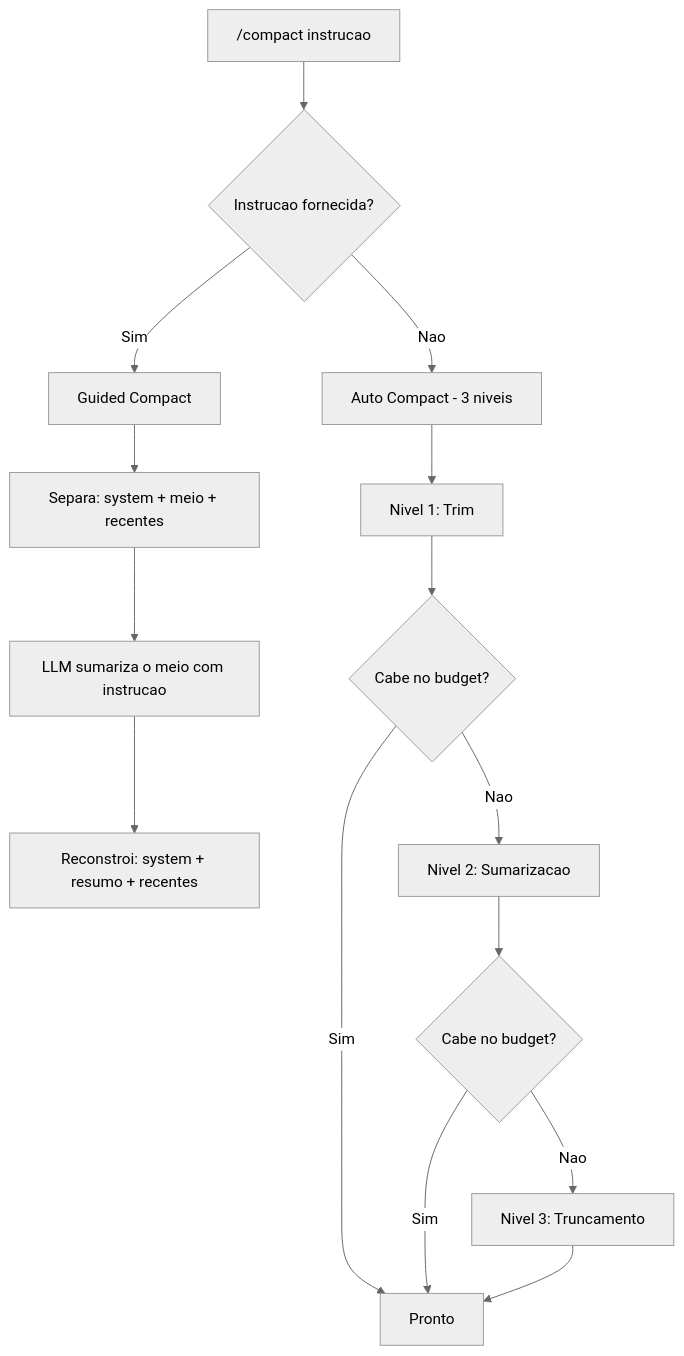
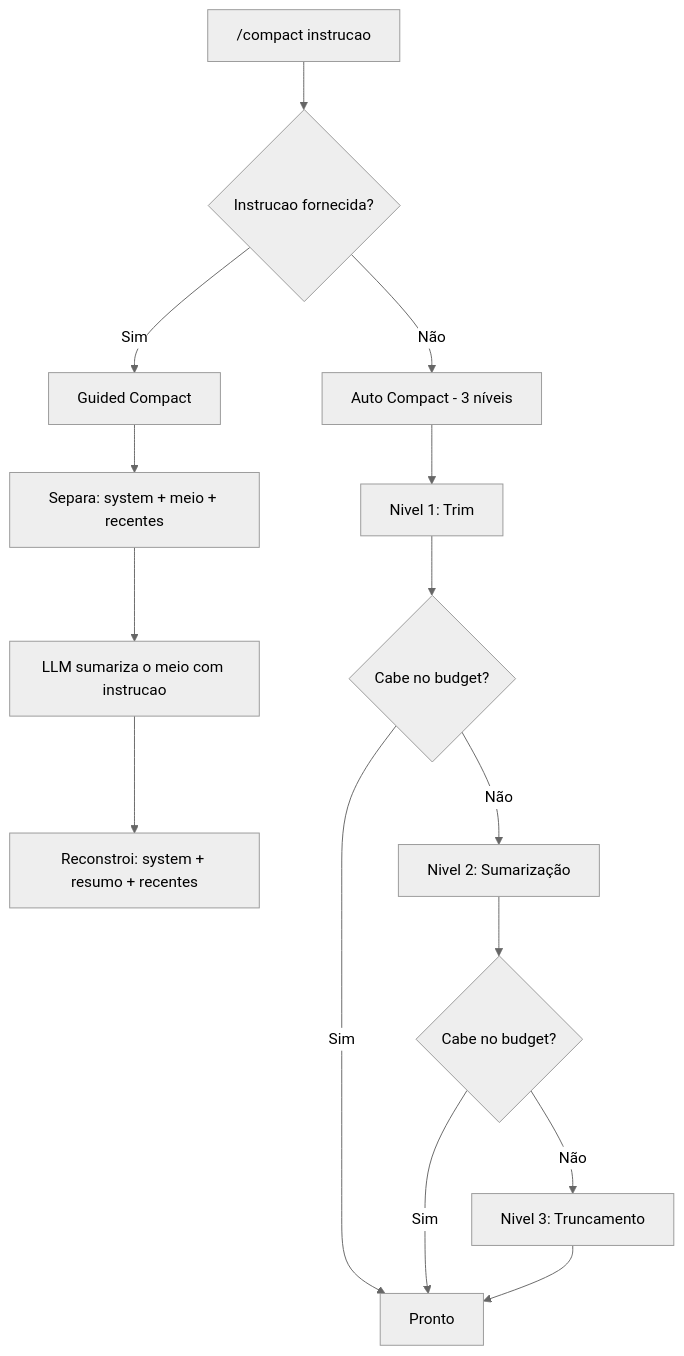
One commit to diillson/chatcli.ai changed the diagram in features/conversation-control.mdx. Above: the diagram before and after it, drawn with Mermaid (neutral theme). The commit also changed other lines of this file and 93 other files, not shown here.

````diff
--- a/features/conversation-control.mdx
+++ b/features/conversation-control.mdx
@@ -49,19 +49,19 @@
 ```mermaid
 flowchart TD
     A["/compact instrucao"] --> B{Instrucao fornecida?}
     B -->|Sim| C[Guided Compact]
-    B -->|Nao| D[Auto Compact - 3 niveis]
+    B -->|Não| D[Auto Compact - 3 níveis]
 
     C --> E[Separa: system + meio + recentes]
     E --> F[LLM sumariza o meio com instrucao]
     F --> G[Reconstroi: system + resumo + recentes]
 
     D --> H[Nivel 1: Trim]
     H --> I{Cabe no budget?}
     I -->|Sim| J[Pronto]
-    I -->|Nao| K[Nivel 2: Sumarizacao]
+    I -->|Não| K[Nivel 2: Sumarização]
     K --> L{Cabe no budget?}
     L -->|Sim| J
-    L -->|Nao| M[Nivel 3: Truncamento]
+    L -->|Não| M[Nivel 3: Truncamento]
     M --> J
 ```
````
